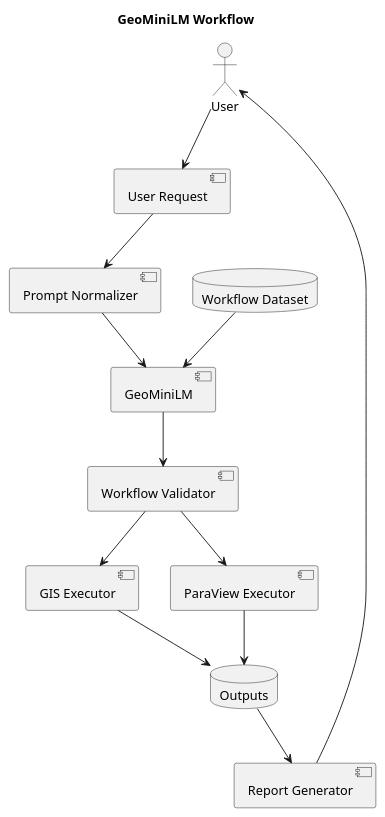
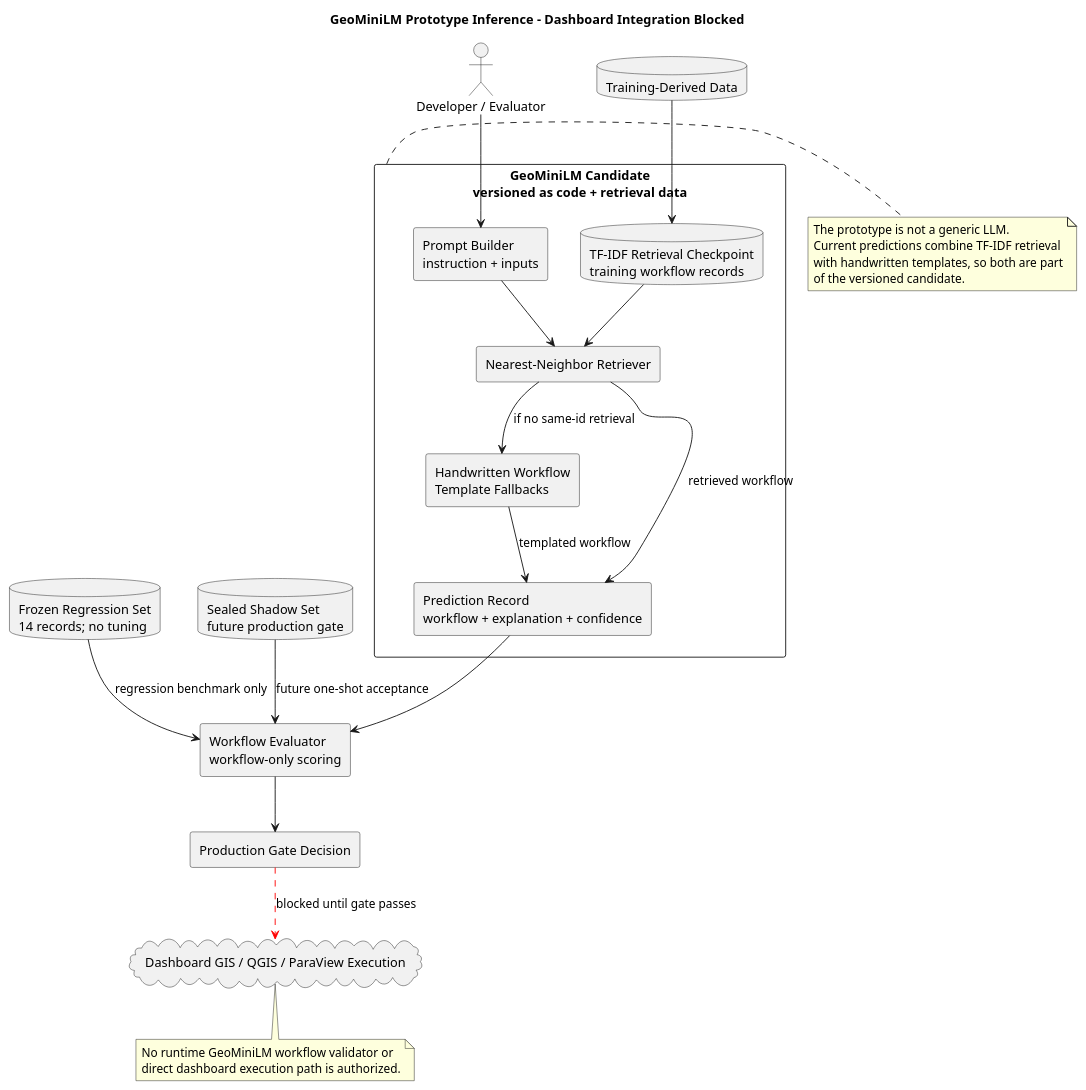
Before and after one commit to Ryner88/GeoVisLM: the diagram in docs/diagrams/plantuml/geominilm_workflow.puml, drawn with PlantUML. The commit also changed 18 other files, not shown here.

Commit message:
Repair GeoMiniLM evaluation protocol and architecture diagrams

```diff
--- a/docs/diagrams/plantuml/geominilm_workflow.puml
+++ b/docs/diagrams/plantuml/geominilm_workflow.puml
@@ -1,34 +1,52 @@
 @startuml
-title GeoMiniLM Workflow
+title GeoMiniLM Prototype Inference - Dashboard Integration Blocked
 
+skinparam componentStyle rectangle
 skinparam shadowing false
 
-actor User
+actor "Developer / Evaluator" as User
 
-component "User Request" as Request
-component "Prompt Normalizer" as Normalizer
-component "GeoMiniLM" as LLM
-component "Workflow Validator" as Validator
-component "GIS Executor" as GIS
-component "ParaView Executor" as ParaView
-component "Report Generator" as Reports
-database "Workflow Dataset" as Dataset
-database "Outputs" as Outputs
+rectangle "GeoMiniLM Candidate\nversioned as code + retrieval data" as Candidate {
+  component "Prompt Builder\ninstruction + inputs" as Prompt
+  database "TF-IDF Retrieval Checkpoint\ntraining workflow records" as Checkpoint
+  component "Nearest-Neighbor Retriever" as Retriever
+  component "Handwritten Workflow\nTemplate Fallbacks" as Templates
+  component "Prediction Record\nworkflow + explanation + confidence" as Prediction
+}
 
-User --> Request
-Request --> Normalizer
-Normalizer --> LLM
+database "Training-Derived Data" as Training
+database "Frozen Regression Set\n14 records; no tuning" as Frozen
+database "Sealed Shadow Set\nfuture production gate" as Shadow
+component "Workflow Evaluator\nworkflow-only scoring" as Evaluator
+component "Production Gate Decision" as Gate
 
-Dataset --> LLM
+cloud "Dashboard GIS / QGIS / ParaView Execution" as Dashboard
 
-LLM --> Validator
-Validator --> GIS
-Validator --> ParaView
+User --> Prompt
+Training --> Checkpoint
+Prompt --> Retriever
+Checkpoint --> Retriever
+Retriever --> Templates : if no same-id retrieval
+Retriever --> Prediction : retrieved workflow
+Templates --> Prediction : templated workflow
 
-GIS --> Outputs
-ParaView --> Outputs
+Prediction --> Evaluator
+Frozen --> Evaluator : regression benchmark only
+Shadow --> Evaluator : future one-shot acceptance
+Evaluator --> Gate
 
-Outputs --> Reports
-Reports --> User
+Gate -[#red,dashed]-> Dashboard : blocked until gate passes
+
+note right of Candidate
+The prototype is not a generic LLM.
+Current predictions combine TF-IDF retrieval
+with handwritten templates, so both are part
+of the versioned candidate.
+end note
+
+note bottom of Dashboard
+No runtime GeoMiniLM workflow validator or
+direct dashboard execution path is authorized.
+end note
 
 @enduml
```
